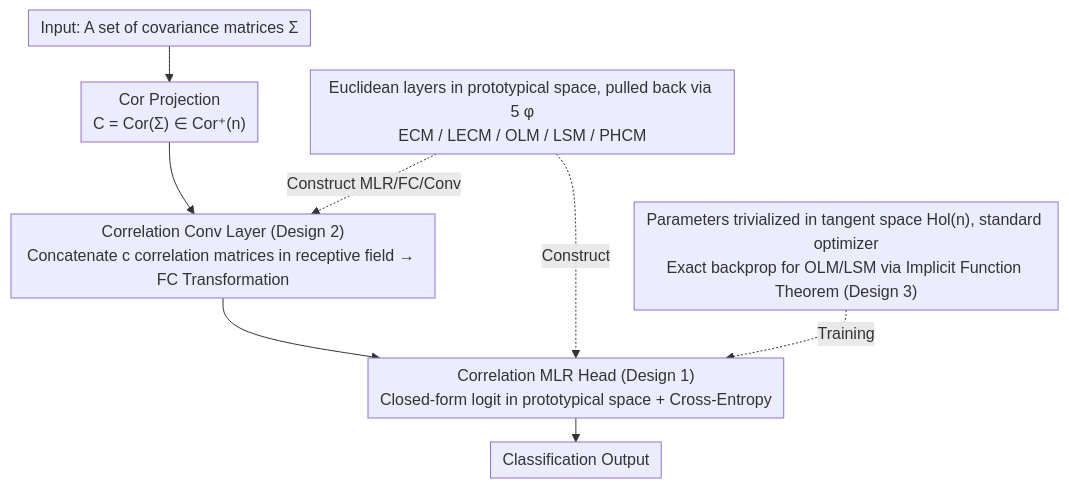
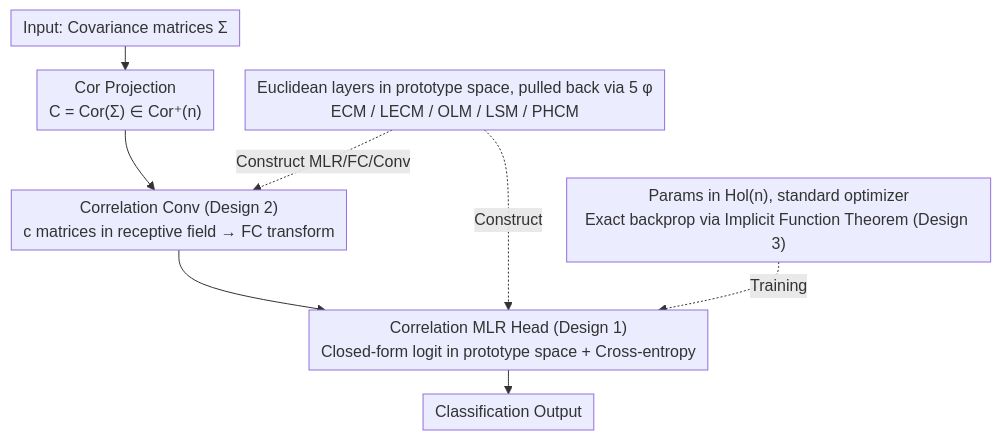
Before and after one commit to zhaoyang97/Paper-Notes-en: the diagram in docs/ICML2026/others/riemannian_networks_over_full-rank_correlation_matrices.md, drawn with Mermaid. The commit also changed other lines of this file and 5084 other files, not shown here.

````diff
--- a/docs/ICML2026/others/riemannian_networks_over_full-rank_correlation_matrices.md
+++ b/docs/ICML2026/others/riemannian_networks_over_full-rank_correlation_matrices.md
@@ -42,11 +42,11 @@
 ```mermaid
 %%{init: {'flowchart': {'rankSpacing': 24, 'nodeSpacing': 28, 'padding': 6, 'wrappingWidth': 400}}}%%
 flowchart TD
-    A["Input: A set of covariance matrices Σ"] --> B["Cor Projection<br/>C = Cor(Σ) ∈ Cor⁺(n)"]
-    B --> C["Correlation Conv Layer (Design 2)<br/>Concatenate c correlation matrices in receptive field → FC Transformation"]
-    C --> D["Correlation MLR Head (Design 1)<br/>Closed-form logit in prototypical space + Cross-Entropy"]
+    A["Input: Covariance matrices Σ"] --> B["Cor Projection<br/>C = Cor(Σ) ∈ Cor⁺(n)"]
+    B --> C["Correlation Conv (Design 2)<br/>c matrices in receptive field → FC transform"]
+    C --> D["Correlation MLR Head (Design 1)<br/>Closed-form logit in prototype space + Cross-entropy"]
     D --> E["Classification Output"]
-    F["Euclidean layers in prototypical space, pulled back via 5 φ<br/>ECM / LECM / OLM / LSM / PHCM"] -.Construct MLR/FC/Conv.-> C
+    F["Euclidean layers in prototype space, pulled back via 5 φ<br/>ECM / LECM / OLM / LSM / PHCM"] -.Construct MLR/FC/Conv.-> C
     F -.Construct.-> D
-    G["Parameters trivialized in tangent space Hol(n), standard optimizer<br/>Exact backprop for OLM/LSM via Implicit Function Theorem (Design 3)"] -.Training.-> D
+    G["Params in Hol(n), standard optimizer<br/>Exact backprop via Implicit Function Theorem (Design 3)"] -.Training.-> D
 ```
````
